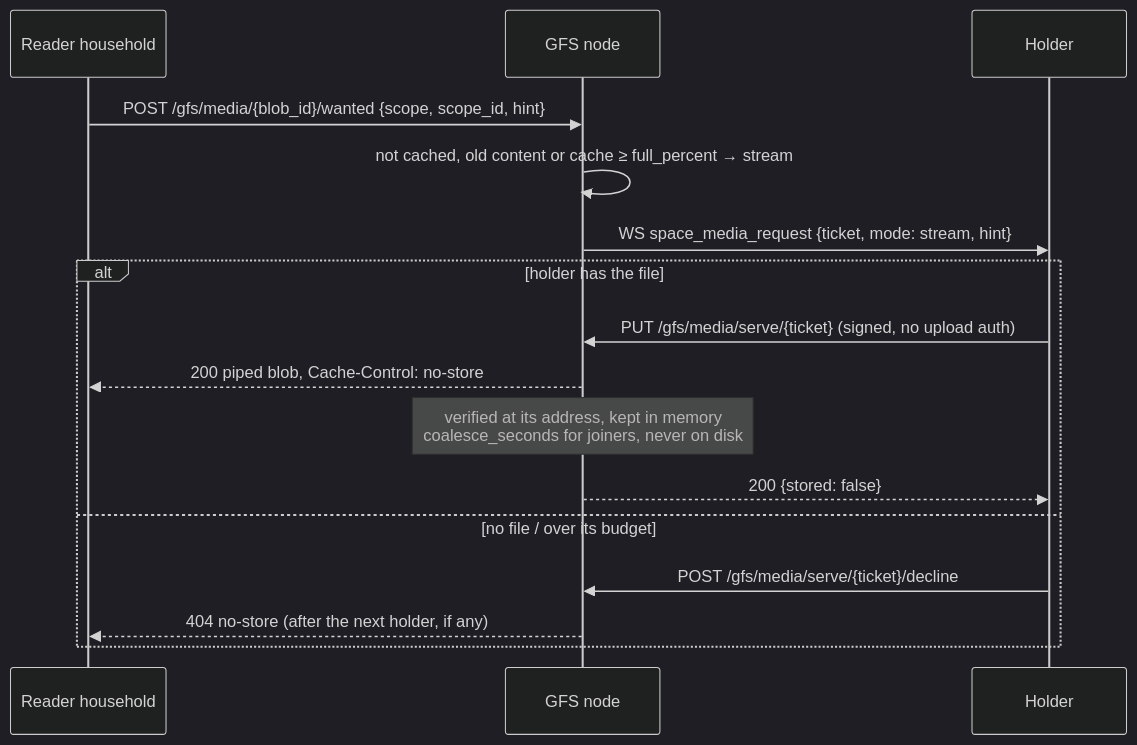
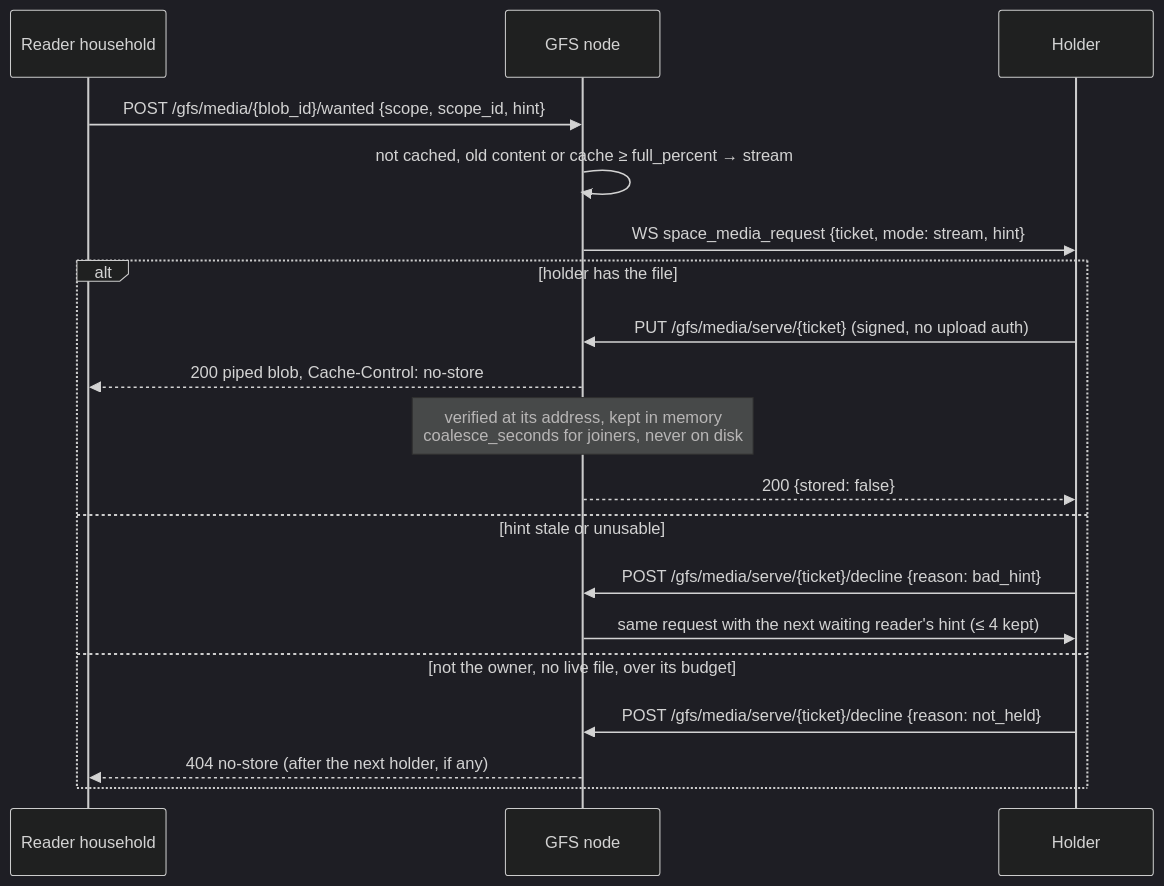
The fourth of 4 diagrams in docs/protocol/media.md (social-home-io/socialhome), drawn with Mermaid (dark theme) before and after one commit. The commit also changed other lines of this file and 5 other files, not shown here.

````diff
--- a/docs/protocol/media.md
+++ b/docs/protocol/media.md
@@ -705,18 +733,21 @@
 ```mermaid
 sequenceDiagram
     participant R as Reader household
     participant G as GFS node
     participant H as Holder
     R->>G: POST /gfs/media/{blob_id}/wanted {scope, scope_id, hint}
     G->>G: not cached, old content or cache ≥ full_percent → stream
     G->>H: WS space_media_request {ticket, mode: stream, hint}
     alt holder has the file
         H->>G: PUT /gfs/media/serve/{ticket} (signed, no upload auth)
         G-->>R: 200 piped blob, Cache-Control: no-store
         Note over G: verified at its address, kept in memory<br/>coalesce_seconds for joiners, never on disk
         G-->>H: 200 {stored: false}
-    else no file / over its budget
-        H->>G: POST /gfs/media/serve/{ticket}/decline
+    else hint stale or unusable
+        H->>G: POST /gfs/media/serve/{ticket}/decline {reason: bad_hint}
+        G->>H: same request with the next waiting reader's hint (≤ 4 kept)
+    else not the owner, no live file, over its budget
+        H->>G: POST /gfs/media/serve/{ticket}/decline {reason: not_held}
         G-->>R: 404 no-store (after the next holder, if any)
     end
 ```
````
